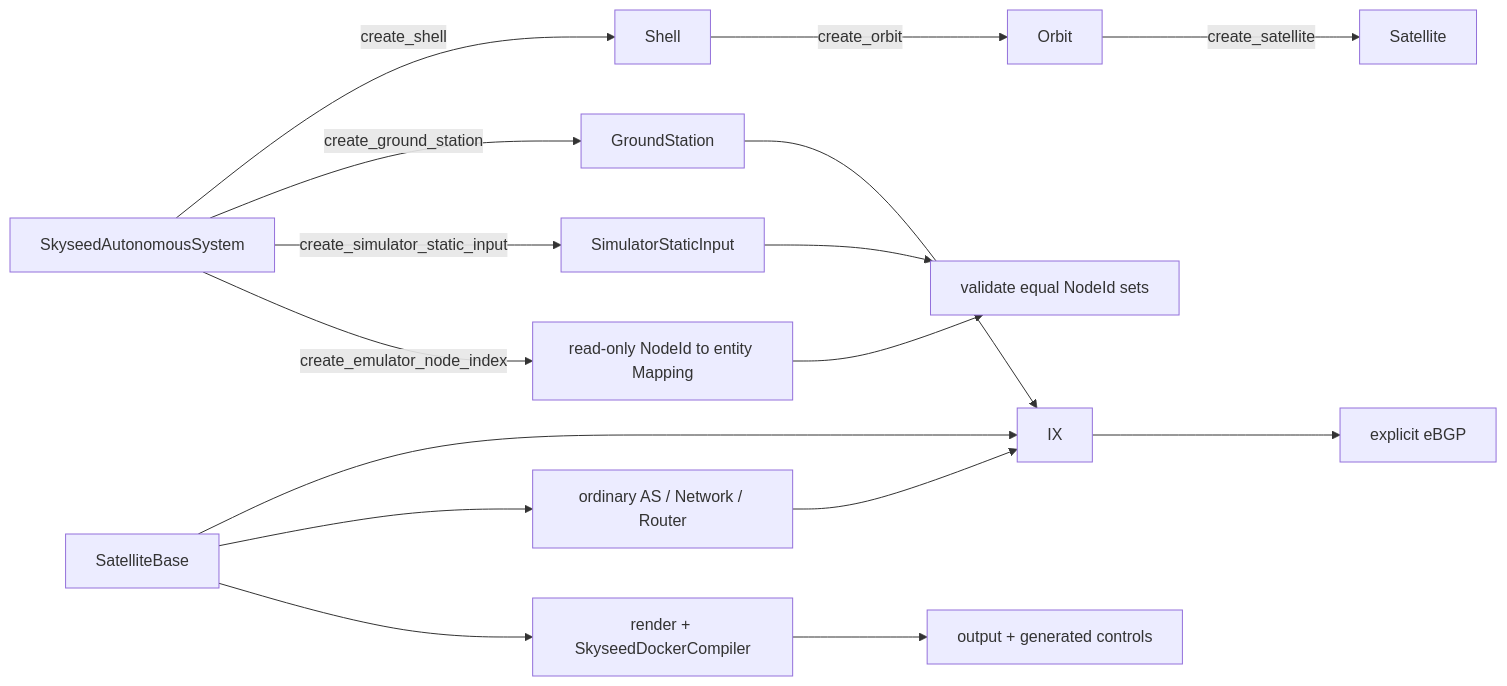
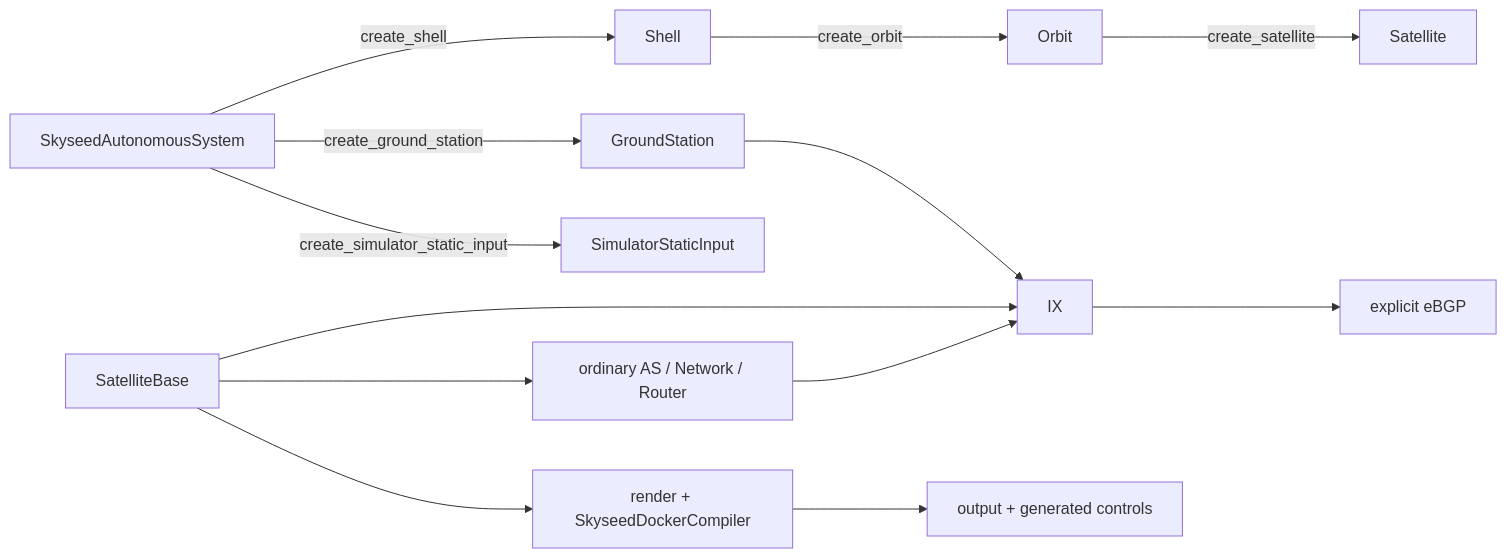
Before and after one commit to seed-labs/skyseed: the second of 4 diagrams in skyseed_v2/docs/architecture/emulator-public-construction-api.md, drawn with Mermaid. The commit also changed other lines of this file and 26 other files, not shown here.

Commit message:
Remove the global node index contract

````diff
--- a/skyseed_v2/docs/architecture/emulator-public-construction-api.md
+++ b/skyseed_v2/docs/architecture/emulator-public-construction-api.md
@@ -106,18 +121,15 @@
 ```mermaid
 flowchart LR
     A[SkyseedAutonomousSystem] -->|create_shell| S[Shell]
     S -->|create_orbit| O[Orbit]
     O -->|create_satellite| T[Satellite]
     A -->|create_ground_station| G[GroundStation]
     B[SatelliteBase] --> X[IX]
     B --> N[ordinary AS / Network / Router]
     G --> X
     N --> X
     X --> P[explicit eBGP]
     A -->|create_simulator_static_input| I[SimulatorStaticInput]
-    A -->|create_emulator_node_index| D[read-only NodeId to entity Mapping]
-    I --> V[validate equal NodeId sets]
-    D --> V
     B --> C[render + SkyseedDockerCompiler]
     C --> Q[output + generated controls]
 ```
````
